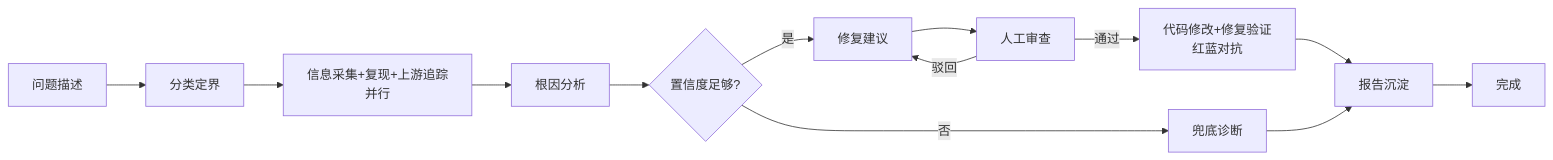
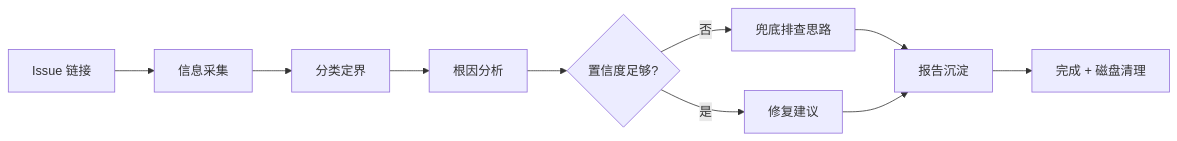
One commit to ZhangGong-SCUT/aceharness-cpf changed the first of 2 diagrams in docs/cpf-ohos-diagnosis-workflow.md. Above: the diagram before and after it, drawn with Mermaid. The commit also changed other lines of this file and 4 other files, not shown here.

````diff
--- a/docs/cpf-ohos-diagnosis-workflow.md
+++ b/docs/cpf-ohos-diagnosis-workflow.md
@@ -26,15 +27,12 @@
 ```mermaid
 flowchart LR
-    A[问题描述] --> B[分类定界]
-    B --> C[信息采集+复现+上游追踪<br/>并行]
+    A[Issue 链接] --> B[信息采集]
+    B --> C[分类定界]
     C --> D[根因分析]
     D --> E{置信度足够?}
-    E -- 否 --> F[兜底诊断]
+    E -- 否 --> F[兜底排查思路]
     E -- 是 --> G[修复建议]
-    G --> H[人工审查]
-    H -- 通过 --> I[代码修改+修复验证<br/>红蓝对抗]
-    H -- 驳回 --> G
-    I --> J[报告沉淀]
-    F --> J
-    J --> K[完成]
+    F --> H[报告沉淀]
+    G --> H
+    H --> I[完成 + 磁盘清理]
 ```
````
